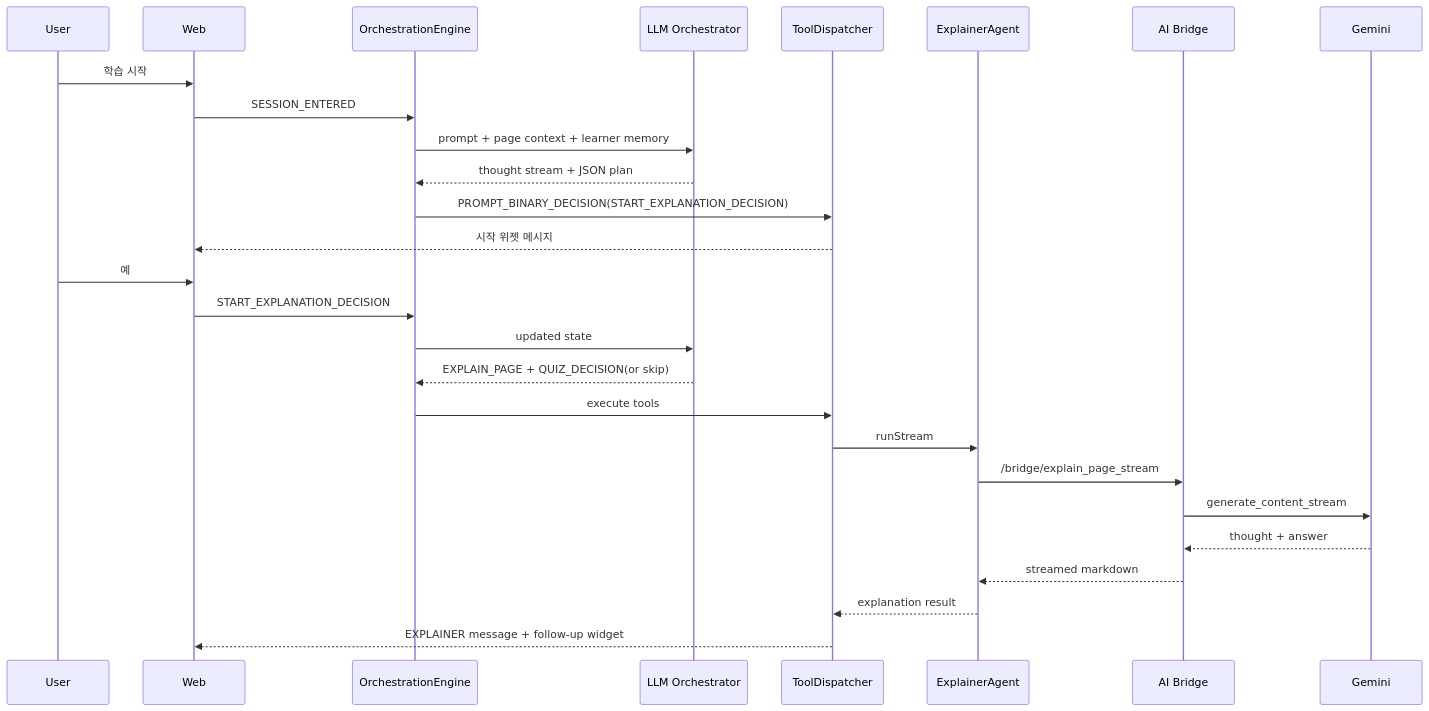
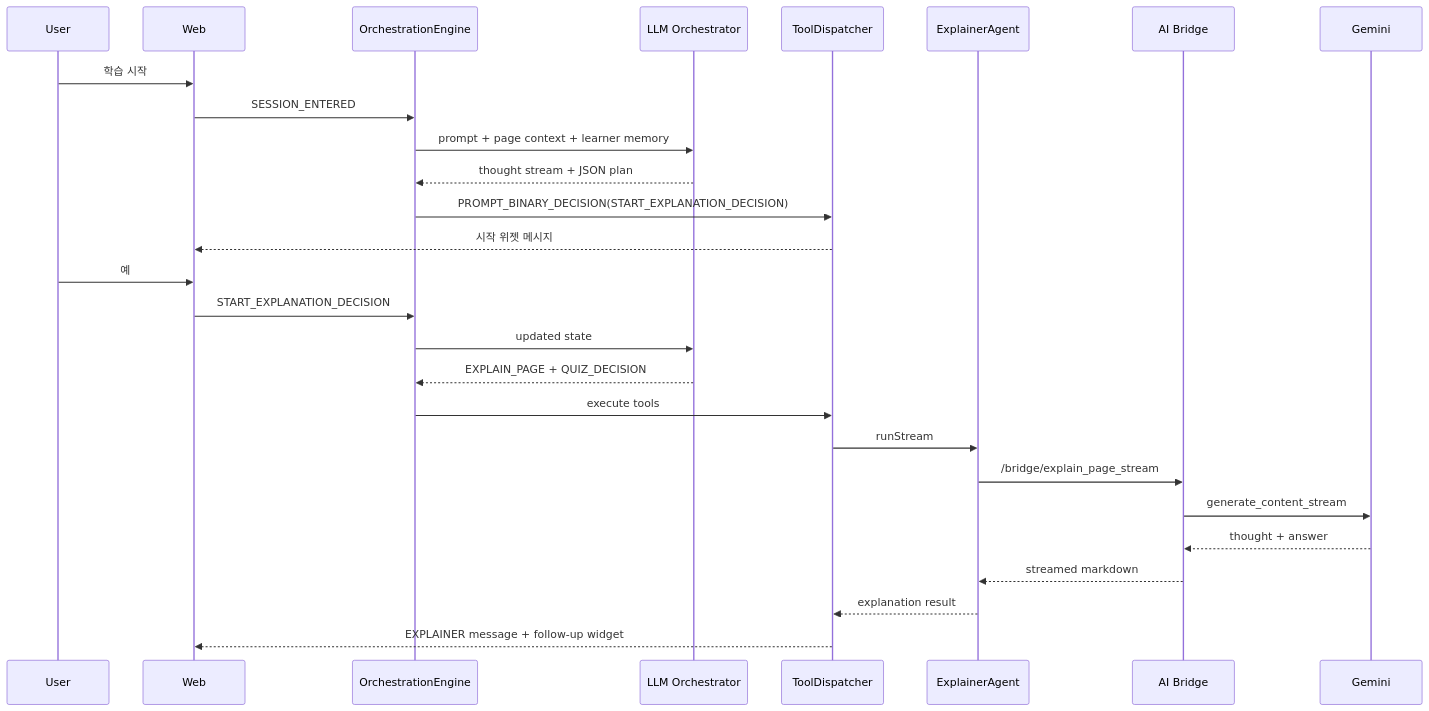
Before and after one commit to uou-capstone/UOU_Capstone_Design_BE: the second of 4 diagrams in ai-service/docs/LLM_MULTI_AGENT_ARCHITECTURE.md, drawn with Mermaid. The commit also changed other lines of this file and 9 other files, not shown here.

````diff
--- a/ai-service/docs/LLM_MULTI_AGENT_ARCHITECTURE.md
+++ b/ai-service/docs/LLM_MULTI_AGENT_ARCHITECTURE.md
@@ -298,31 +299,31 @@
 ```mermaid
 sequenceDiagram
   participant U as User
   participant W as Web
   participant E as OrchestrationEngine
   participant O as LLM Orchestrator
   participant D as ToolDispatcher
   participant EX as ExplainerAgent
   participant B as AI Bridge
   participant G as Gemini
 
   U->>W: 학습 시작
   W->>E: SESSION_ENTERED
   E->>O: prompt + page context + learner memory
   O-->>E: thought stream + JSON plan
   E->>D: PROMPT_BINARY_DECISION(START_EXPLANATION_DECISION)
   D-->>W: 시작 위젯 메시지
 
   U->>W: 예
   W->>E: START_EXPLANATION_DECISION
   E->>O: updated state
-  O-->>E: EXPLAIN_PAGE + QUIZ_DECISION(or skip)
+  O-->>E: EXPLAIN_PAGE + QUIZ_DECISION
   E->>D: execute tools
   D->>EX: runStream
   EX->>B: /bridge/explain_page_stream
   B->>G: generate_content_stream
   G-->>B: thought + answer
   B-->>EX: streamed markdown
   EX-->>D: explanation result
   D-->>W: EXPLAINER message + follow-up widget
 ```
````
